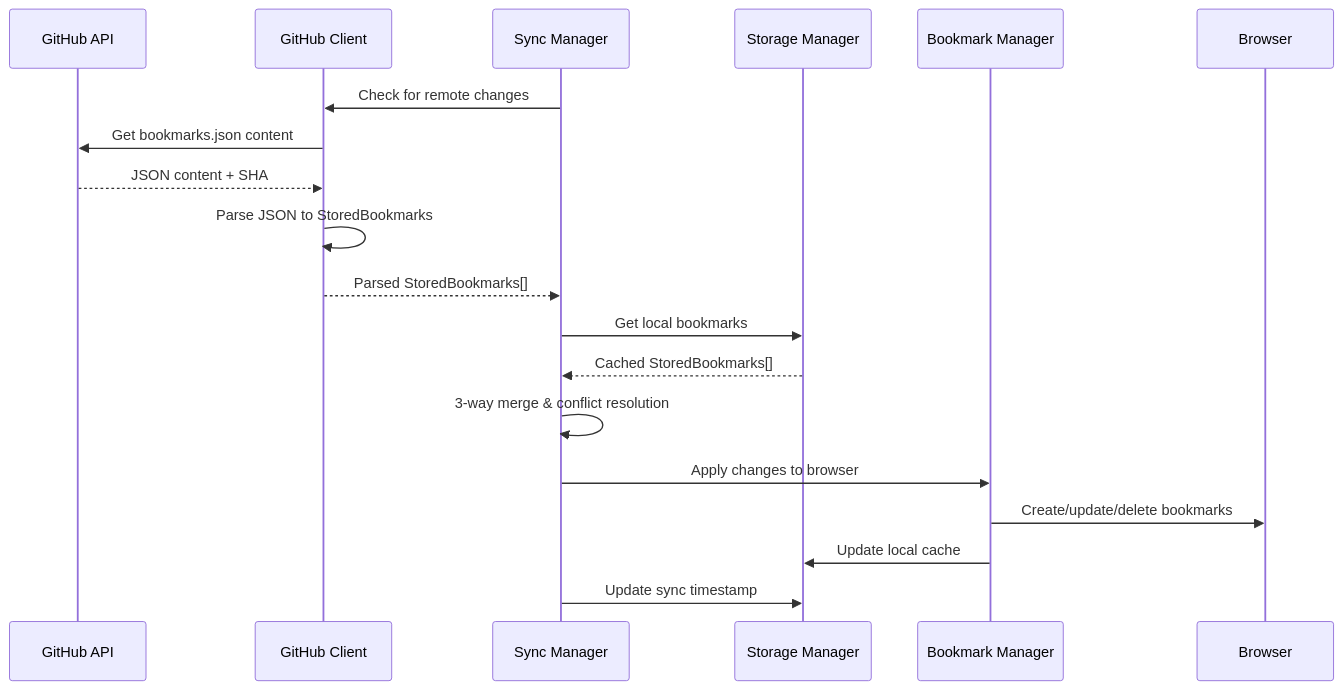
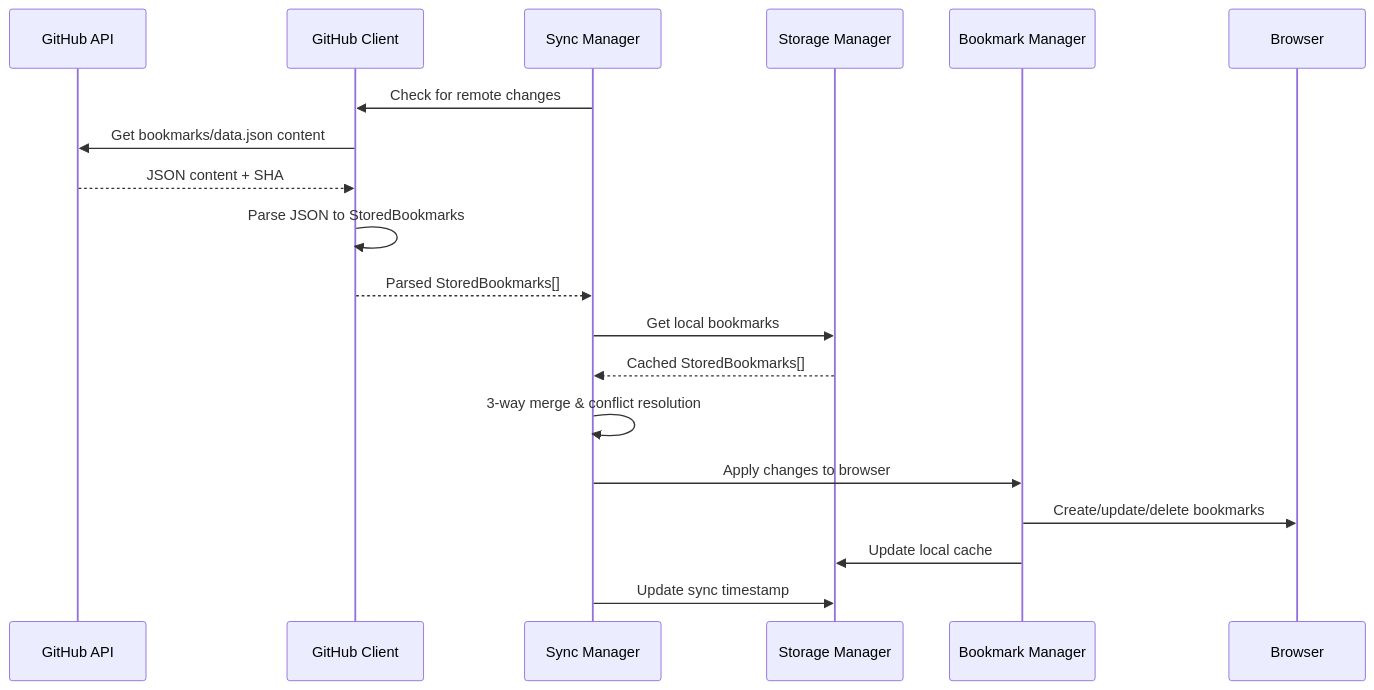
One commit to danlourenco/hubmarks changed the third of 14 diagrams in docs/data-flow.md. Above: the diagram before and after it, drawn with Mermaid. The commit also changed other lines of this file and 4 other files, not shown here.

First line of the commit message:
docs: standardize all paths to use bookmarks/data.json structure

````diff
--- a/docs/data-flow.md
+++ b/docs/data-flow.md
@@ -73,22 +73,22 @@
 ```mermaid
 sequenceDiagram
     participant GitHubAPI as GitHub API
     participant GitHub as GitHub Client
     participant SyncMgr as Sync Manager
     participant Storage as Storage Manager
     participant BookmarkMgr as Bookmark Manager
     participant Browser
     
     SyncMgr->>GitHub: Check for remote changes
-    GitHub->>GitHubAPI: Get bookmarks.json content
+    GitHub->>GitHubAPI: Get bookmarks/data.json content
     GitHubAPI-->>GitHub: JSON content + SHA
     GitHub->>GitHub: Parse JSON to StoredBookmarks
     GitHub-->>SyncMgr: Parsed StoredBookmarks[]
     SyncMgr->>Storage: Get local bookmarks
     Storage-->>SyncMgr: Cached StoredBookmarks[]
     SyncMgr->>SyncMgr: 3-way merge & conflict resolution
     SyncMgr->>BookmarkMgr: Apply changes to browser
     BookmarkMgr->>Browser: Create/update/delete bookmarks
     BookmarkMgr->>Storage: Update local cache
     SyncMgr->>Storage: Update sync timestamp
 ```
````
